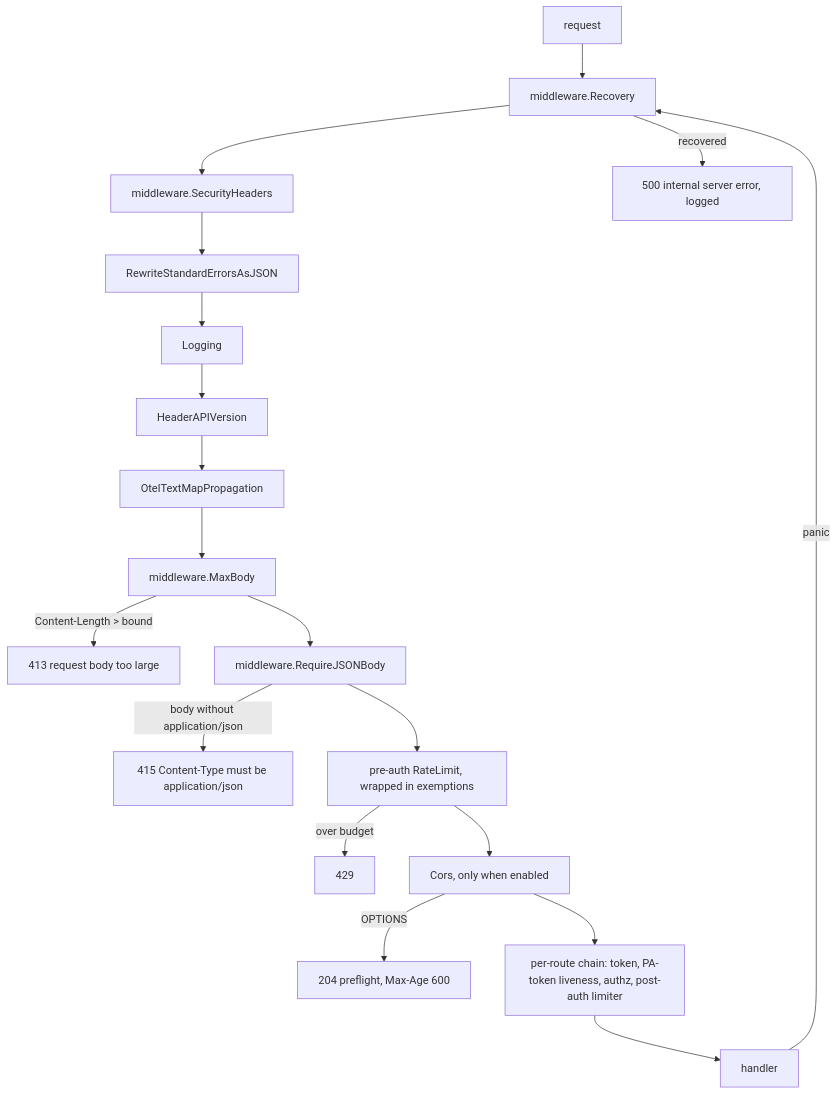
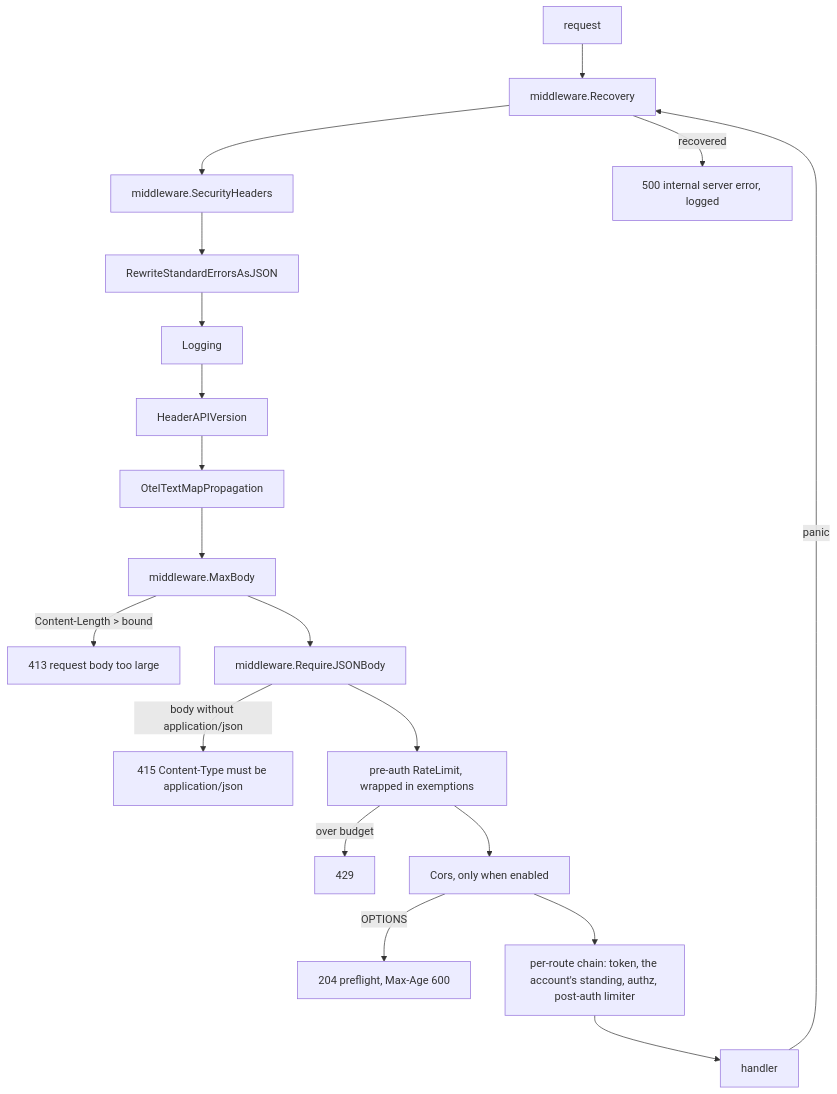
Before and after one commit to p2p-b2b/go-rest-api-service-template: the first of 7 diagrams in docs/architecture/security.md, drawn with Mermaid. The commit also changed 25 other files, not shown here.

First line of the commit message:
fix(middleware): a disabled account is refused on every route (#124)

````diff
--- a/docs/architecture/security.md
+++ b/docs/architecture/security.md
@@ -26,21 +26,21 @@
 ```mermaid
 flowchart TD
     R[request] --> REC[middleware.Recovery]
     REC --> SH[middleware.SecurityHeaders]
     SH --> RW[RewriteStandardErrorsAsJSON]
     RW --> LOG[Logging]
     LOG --> VER[HeaderAPIVersion]
     VER --> OT[OtelTextMapPropagation]
     OT --> MB[middleware.MaxBody]
     MB -- "Content-Length > bound" --> R413[413 request body too large]
     MB --> CT[middleware.RequireJSONBody]
     CT -- "body without application/json" --> R415[415 Content-Type must be application/json]
     CT --> RL[pre-auth RateLimit, wrapped in exemptions]
     RL -- over budget --> R429[429]
     RL --> CORS[Cors, only when enabled]
     CORS -- OPTIONS --> R204[204 preflight, Max-Age 600]
-    CORS --> ROUTE[per-route chain: token, PA-token liveness, authz, post-auth limiter]
+    CORS --> ROUTE["per-route chain: token, the account's standing, authz, post-auth limiter"]
     ROUTE --> H[handler]
     H -- panic --> REC
     REC -- "recovered" --> R500[500 internal server error, logged]
 ```
````
